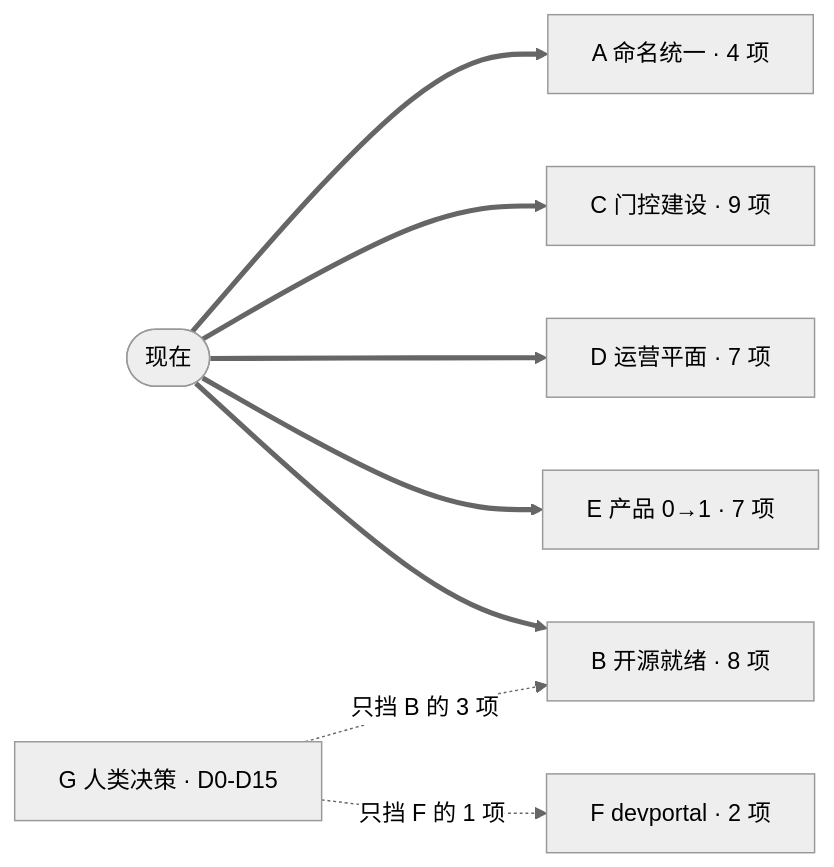
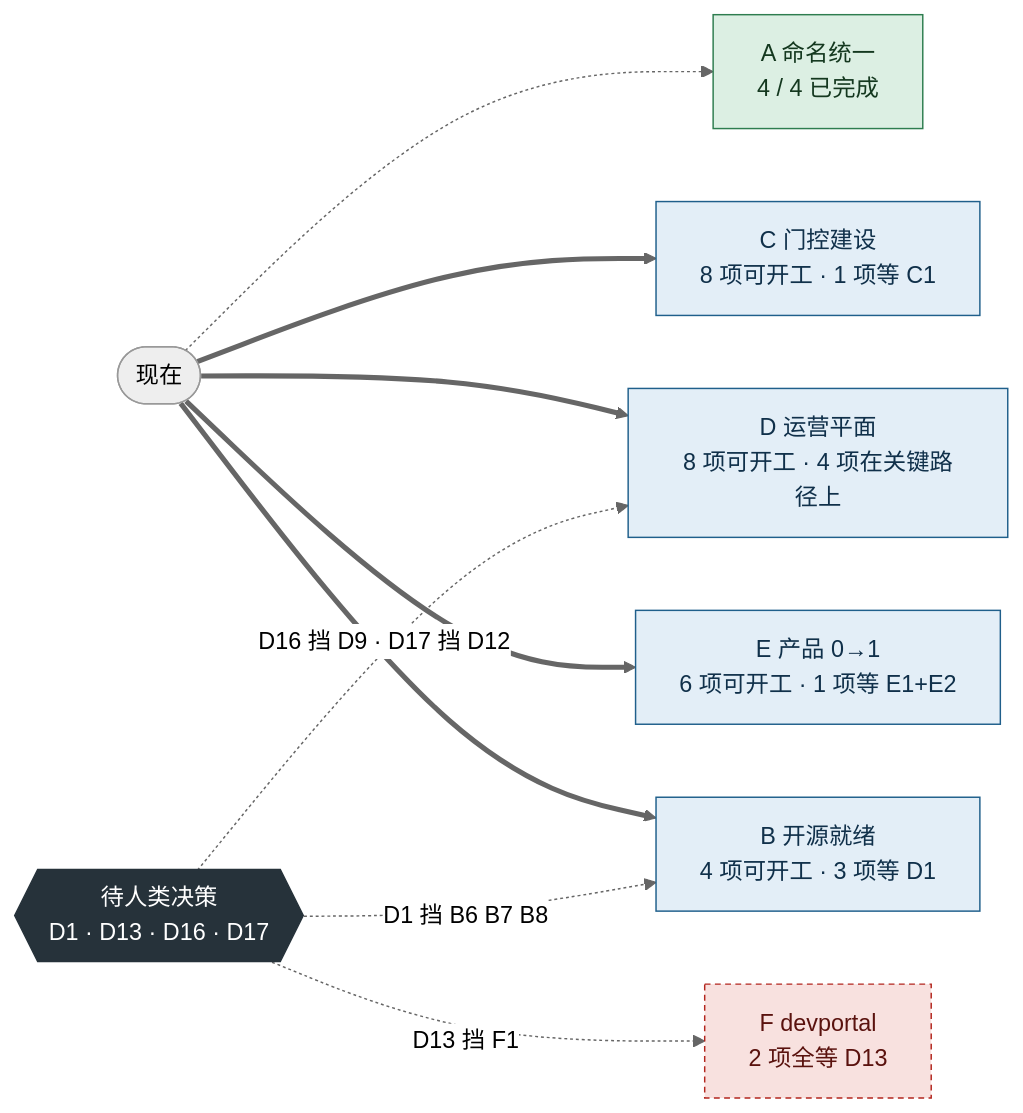
The first of 4 diagrams in docs/research/implementation-backlog.md (boardx/workspacex), drawn with Mermaid (neutral theme) before and after one commit. The commit also changed other lines of this file and 2 other files, not shown here.

First line of the commit message:
docs(research): R1 更正本体事实，同步 backlog 三张图并写入 AI 开发重估 (#3928)

````diff
--- a/docs/research/implementation-backlog.md
+++ b/docs/research/implementation-backlog.md
@@ -51,19 +51,23 @@
 ```mermaid
 flowchart LR
-    START(["现在"])
-    G["G 人类决策 · D0-D15"]
-    A["A 命名统一 · 4 项"]
-    C["C 门控建设 · 9 项"]
-    D["D 运营平面 · 7 项"]
-    E["E 产品 0→1 · 7 项"]
-    B["B 开源就绪 · 8 项"]
-    F["F devportal · 2 项"]
-
-    START ==> A
-    START ==> C
-    START ==> D
-    START ==> E
-    START ==> B
-    G -. 只挡 B 的 3 项 .-> B
-    G -. 只挡 F 的 1 项 .-> F
+    classDef done fill:#DCEFE3,stroke:#2E7D4F,color:#14381F
+    classDef ready fill:#E3EEF7,stroke:#1F5F8B,color:#10304A
+    classDef block fill:#F8E1DF,stroke:#B3261E,color:#5A120E,stroke-dasharray:4 3
+    classDef dec fill:#26323A,stroke:#26323A,color:#FFFFFF
+    NOW(["现在"])
+    A["A 命名统一<br/>4 / 4 已完成"]:::done
+    C["C 门控建设<br/>8 项可开工 · 1 项等 C1"]:::ready
+    D["D 运营平面<br/>8 项可开工 · 4 项在关键路径上"]:::ready
+    E["E 产品 0→1<br/>6 项可开工 · 1 项等 E1+E2"]:::ready
+    B["B 开源就绪<br/>4 项可开工 · 3 项等 D1"]:::ready
+    F["F devportal<br/>2 项全等 D13"]:::block
+    G{{"待人类决策<br/>D1 · D13 · D16 · D17"}}:::dec
+    NOW -.-> A
+    NOW ==> C
+    NOW ==> D
+    NOW ==> E
+    NOW ==> B
+    G -. "D1 挡 B6 B7 B8" .-> B
+    G -. "D13 挡 F1" .-> F
+    G -. "D16 挡 D9 · D17 挡 D12" .-> D
 ```
````
